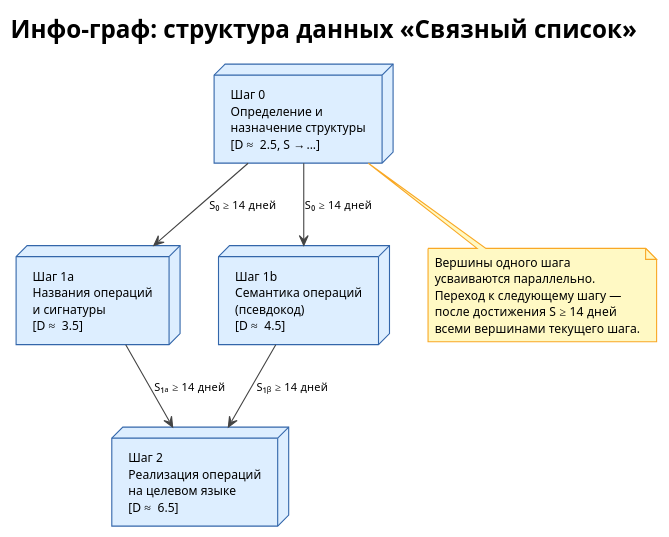
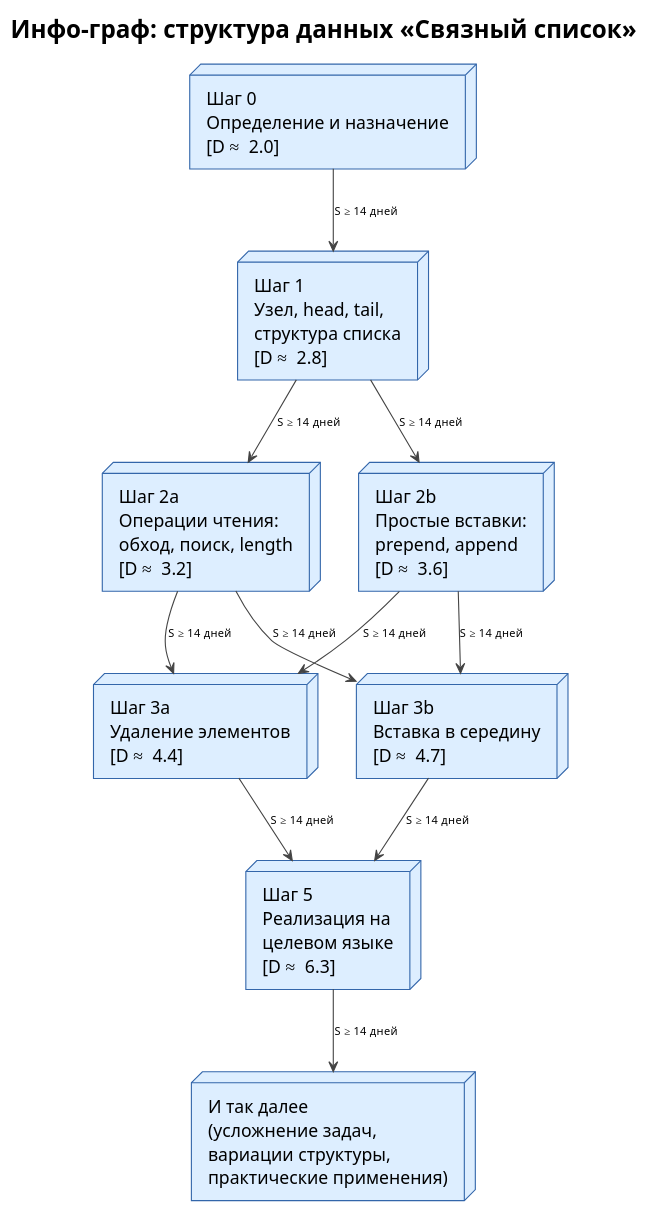
The ninth of 13 diagrams in papers/second.md (AleksKislov/shmanki), drawn with PlantUML before and after one commit. The commit also changed other lines of this file, not shown here.

````diff
--- a/papers/second.md
+++ b/papers/second.md
@@ -794,41 +945,46 @@
 ```plantuml
-@startuml info_graph
+@startuml info_graph_linked_list_compact
 !theme plain
 skinparam defaultFontName Arial
-skinparam defaultFontSize 11
+skinparam defaultFontSize 16
 
 skinparam node {
   BackgroundColor #DDEEFF
   BorderColor #3366AA
-}
-skinparam note {
-  BackgroundColor #FFF9C4
-  BorderColor #F9A825
 }
 skinparam arrow {
   Color #444444
   FontSize 10
 }
 
 title Инфо-граф: структура данных «Связный список»
 
-node "Шаг 0\nОпределение и\nназначение структуры\n[D ≈ 2.5, S → ...]" as N0
-node "Шаг 1a\nНазвания операций\nи сигнатуры\n[D ≈ 3.5]" as N1a
-node "Шаг 1b\nСемантика операций\n(псевдокод)\n[D ≈ 4.5]" as N1b
-node "Шаг 2\nРеализация операций\nна целевом языке\n[D ≈ 6.5]" as N2
+node "Шаг 0\nОпределение и назначение\n[D ≈ 2.0]" as N0
+node "Шаг 1\nУзел, head, tail,\nструктура списка\n[D ≈ 2.8]" as N1
 
-N0  --> N1a : S₀ ≥ 14 дней
-N0  --> N1b : S₀ ≥ 14 дней
-N1a --> N2  : S₁ₐ ≥ 14 дней
-N1b --> N2  : S₁ᵦ ≥ 14 дней
+node "Шаг 2a\nОперации чтения:\nобход, поиск, length\n[D ≈ 3.2]" as N2a
+node "Шаг 2b\nПростые вставки:\nprepend, append\n[D ≈ 3.6]" as N2b
 
-note bottom of N0
-  Вершины одного шага
-  усваиваются параллельно.
-  Переход к следующему шагу —
-  после достижения S ≥ 14 дней
-  всеми вершинами текущего шага.
-end note
+node "Шаг 3a\nУдаление элементов\n[D ≈ 4.4]" as N3a
+node "Шаг 3b\nВставка в середину\n[D ≈ 4.7]" as N3b
+
+node "Шаг 5\nРеализация на\nцелевом языке\n[D ≈ 6.3]" as N5
+node "И так далее\n(усложнение задач,\nвариации структуры,\nпрактические применения)" as Nnext
+
+N0 --> N1  : S ≥ 14 дней
+
+N1 --> N2a : S ≥ 14 дней
+N1 --> N2b : S ≥ 14 дней
+
+N2a --> N3a : S ≥ 14 дней
+N2b --> N3a : S ≥ 14 дней
+N2a --> N3b : S ≥ 14 дней
+N2b --> N3b : S ≥ 14 дней
+
+N3a --> N5 : S ≥ 14 дней
+N3b --> N5 : S ≥ 14 дней
+
+N5 --> Nnext : S ≥ 14 дней
 
 @enduml
 ```
````
